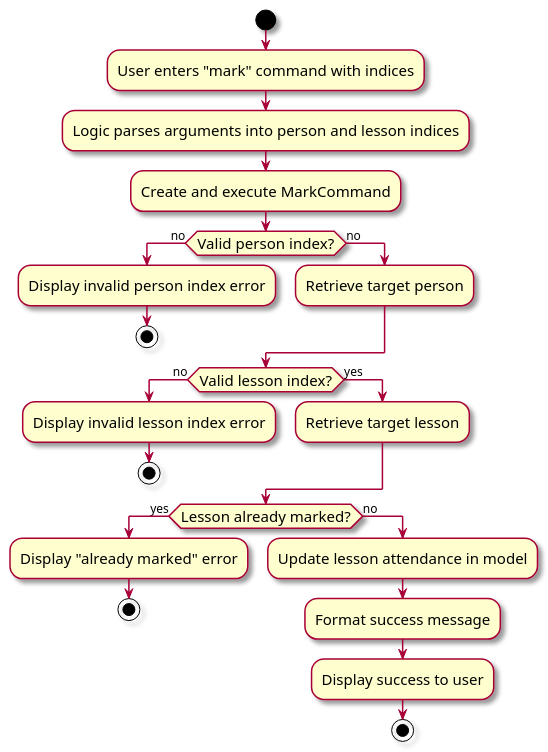
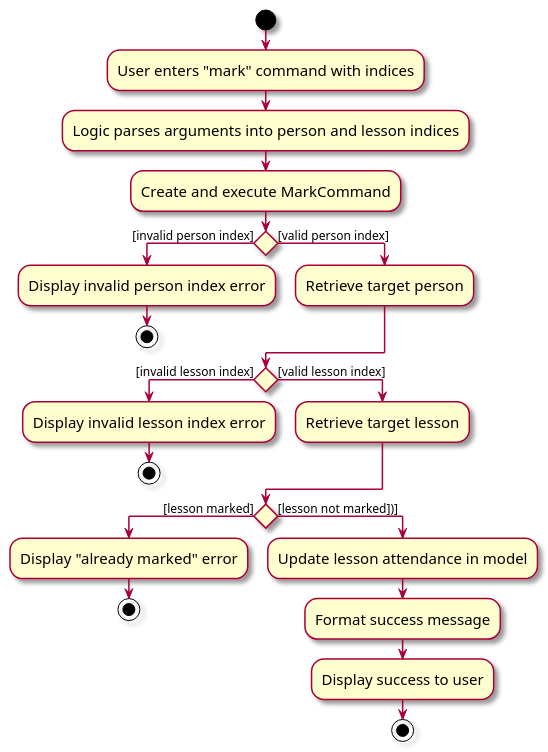
One commit to tonyvict/tp changed the diagram in docs/diagrams/MarkCommandActivityDiagram.puml. Above: the diagram before and after it, drawn with PlantUML. The commit also changed 8 other files, not shown here.

Commit message:
Update activity diagrams

```diff
--- a/docs/diagrams/MarkCommandActivityDiagram.puml
+++ b/docs/diagrams/MarkCommandActivityDiagram.puml
@@ -1,30 +1,30 @@
 @startuml
 skin rose
 skinparam ActivityFontSize 15
 skinparam ArrowFontSize 12
 start
 :User enters "mark" command with indices;
 :Logic parses arguments into person and lesson indices;
 :Create and execute MarkCommand;
-if (Valid person index?) then (no)
+if () then ([invalid person index])
   :Display invalid person index error;
   stop
-else (no)
+else ([valid person index])
   :Retrieve target person;
 endif
-if (Valid lesson index?) then (no)
+if () then ([invalid lesson index])
   :Display invalid lesson index error;
   stop
-else (yes)
+else ([valid lesson index])
   :Retrieve target lesson;
 endif
-if (Lesson already marked?) then (yes)
+if () then ([lesson marked])
   :Display "already marked" error;
   stop
-else (no)
+else ([lesson not marked])])
   :Update lesson attendance in model;
   :Format success message;
   :Display success to user;
   stop
 endif
 @enduml
```
